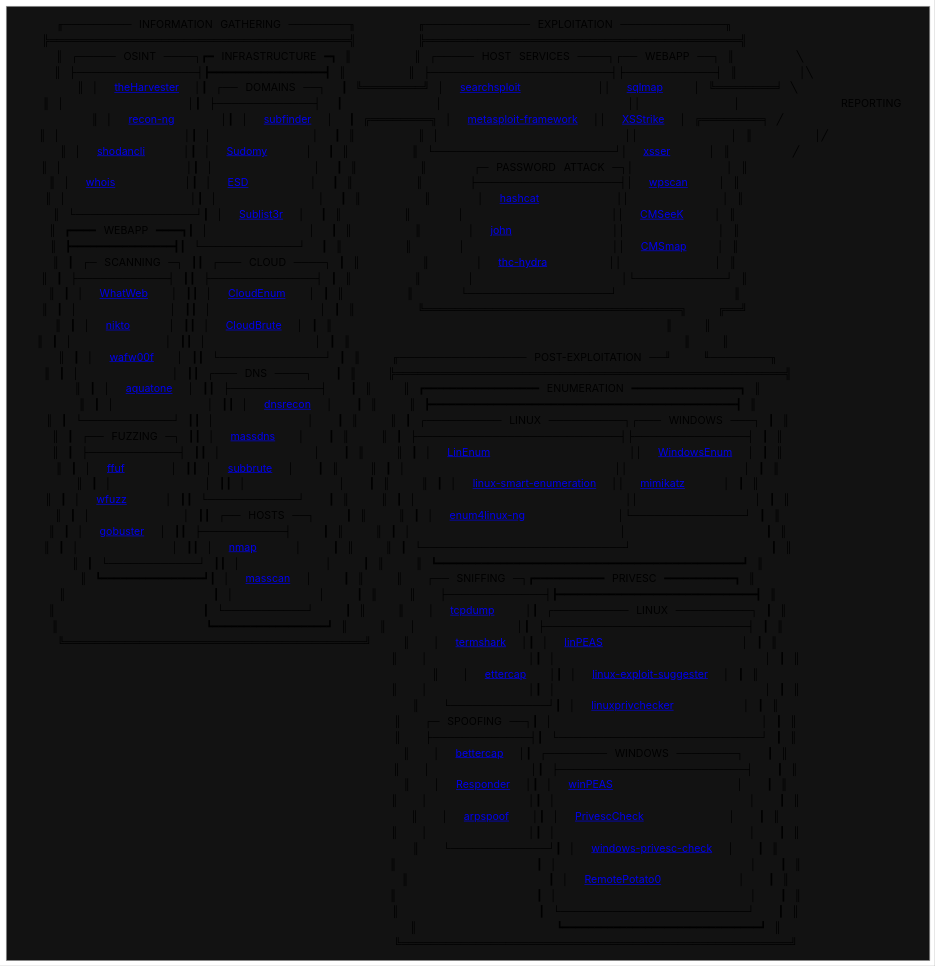
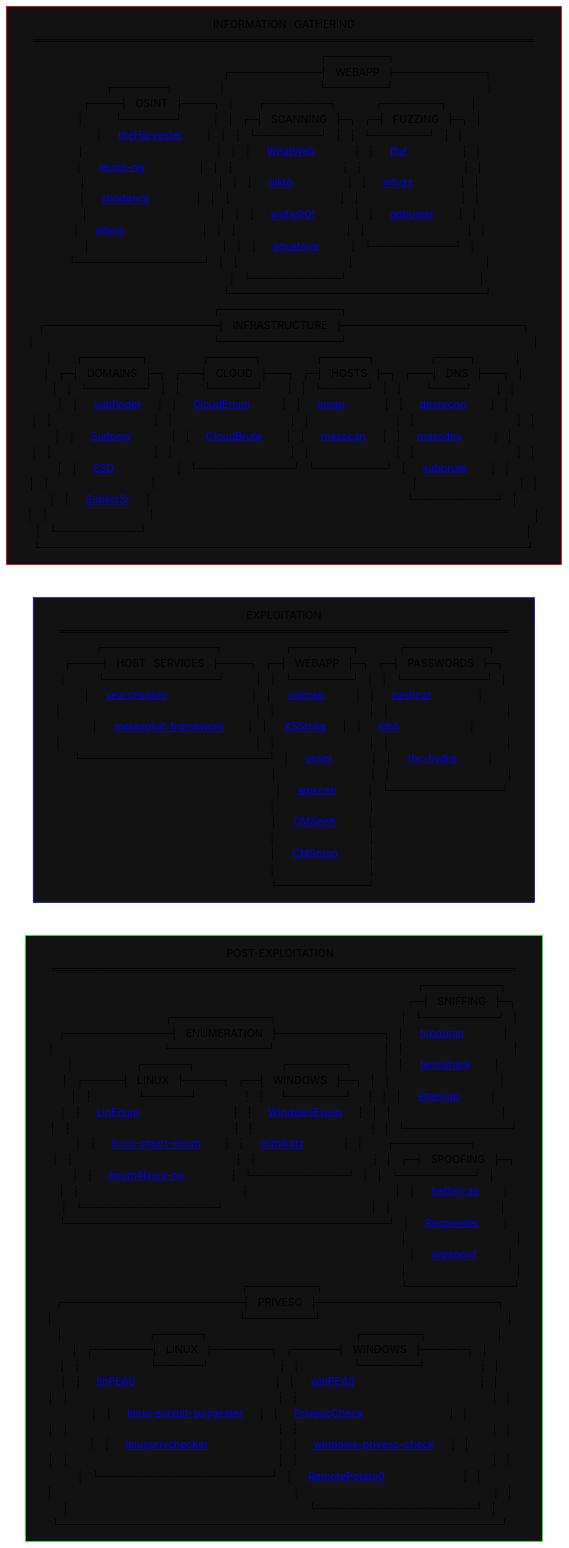
Before and after one commit to Skalyaeve/a-process: the diagram in README.md, drawn with Mermaid (neutral theme). The commit also changed other lines of this file and 1 other file, not shown here.

````diff
--- a/README.md
+++ b/README.md
@@ -1,65 +1,101 @@
 ```mermaid
-graph TD
-main[
-⠀╓─────────⠀INFORMATION⠀GATHERING⠀────────╖⠀⠀⠀⠀⠀⠀⠀⠀╓──────────────⠀EXPLOITATION⠀──────────────╖⠀⠀⠀⠀⠀⠀⠀⠀⠀⠀⠀⠀⠀⠀⠀⠀⠀⠀⠀⠀
-⠀╠════════════════════════════════════════╣⠀⠀⠀⠀⠀⠀⠀⠀╠══════════════════════════════════════════╣⠀⠀⠀⠀⠀⠀⠀⠀⠀⠀⠀⠀⠀⠀⠀⠀⠀⠀⠀⠀
-⠀║⠀┌─────⠀OSINT⠀────┐┏━⠀INFRASTRUCTURE⠀━┓⠀║⠀⠀⠀⠀⠀⠀⠀⠀║⠀┌─────⠀HOST⠀SERVICES⠀────┐┌──⠀WEBAPP⠀──┐⠀║⠀⠀⠀⠀⠀⠀⠀⠀╲⠀⠀⠀⠀⠀⠀⠀⠀⠀⠀⠀
-⠀║⠀├────────────────┤┣━━━━━━━━━━━━━━━━━━┫⠀║⠀⠀⠀⠀⠀⠀⠀⠀║⠀├────────────────────────┤├────────────┤⠀║⠀⠀⠀⠀⠀⠀⠀⠀│╲⠀⠀⠀⠀⠀⠀⠀⠀⠀⠀
-⠀║⠀│⠀⠀<a href='https://github.com/laramies/theHarvester'>theHarvester</a>⠀⠀│┃⠀┌──⠀DOMAINS⠀──┐⠀⠀┃⠀╚════════╝⠀│⠀⠀<a href='https://gitlab.com/exploit-database/exploitdb'>searchsploit</a>⠀⠀⠀⠀⠀⠀⠀⠀⠀⠀││⠀⠀<a href='https://github.com/sqlmapproject/sqlmap'>sqlmap</a>⠀⠀⠀⠀│⠀╚════════╛⠀╲⠀⠀⠀⠀⠀⠀⠀⠀⠀
-⠀║⠀│⠀⠀⠀⠀⠀⠀⠀⠀⠀⠀⠀⠀⠀⠀⠀⠀│┃⠀├─────────────┤⠀⠀┃⠀⠀⠀⠀⠀⠀⠀⠀⠀⠀⠀⠀│⠀⠀⠀⠀⠀⠀⠀⠀⠀⠀⠀⠀⠀⠀⠀⠀⠀⠀⠀⠀⠀⠀⠀⠀││⠀⠀⠀⠀⠀⠀⠀⠀⠀⠀⠀⠀│⠀⠀⠀⠀⠀⠀⠀⠀⠀⠀⠀⠀⠀REPORTING
-⠀║⠀│⠀⠀<a href='https://github.com/lanmaster53/recon-ng'>recon-ng</a>⠀⠀⠀⠀⠀⠀│┃⠀│⠀⠀<a href='https://github.com/projectdiscovery/subfinder'>subfinder</a>⠀⠀│⠀⠀┃⠀╔════════╗⠀│⠀⠀<a href='https://github.com/rapid7/metasploit-framework'>metasploit-framework</a>⠀⠀││⠀⠀<a href='https://github.com/s0md3v/XSStrike'>XSStrike</a>⠀⠀│⠀╔════════╕⠀╱⠀⠀⠀⠀⠀⠀⠀⠀⠀
-⠀║⠀│⠀⠀⠀⠀⠀⠀⠀⠀⠀⠀⠀⠀⠀⠀⠀⠀│┃⠀│⠀⠀⠀⠀⠀⠀⠀⠀⠀⠀⠀⠀⠀│⠀⠀┃⠀║⠀⠀⠀⠀⠀⠀⠀⠀║⠀│⠀⠀⠀⠀⠀⠀⠀⠀⠀⠀⠀⠀⠀⠀⠀⠀⠀⠀⠀⠀⠀⠀⠀⠀││⠀⠀⠀⠀⠀⠀⠀⠀⠀⠀⠀⠀│⠀║⠀⠀⠀⠀⠀⠀⠀⠀│╱⠀⠀⠀⠀⠀⠀⠀⠀⠀⠀
-⠀║⠀│⠀⠀<a href='https://github.com/malinkinsa/shodancli'>shodancli</a>⠀⠀⠀⠀⠀│┃⠀│⠀⠀<a href='https://github.com/screetsec/Sudomy'>Sudomy</a>⠀⠀⠀⠀⠀│⠀⠀┃⠀║⠀⠀⠀⠀⠀⠀⠀⠀║⠀└────────────────────────┘│⠀⠀<a href='https://github.com/epsylon/xsser'>xsser</a>⠀⠀⠀⠀⠀│⠀║⠀⠀⠀⠀⠀⠀⠀⠀╱⠀⠀⠀⠀⠀⠀⠀⠀⠀⠀⠀
-⠀║⠀│⠀⠀⠀⠀⠀⠀⠀⠀⠀⠀⠀⠀⠀⠀⠀⠀│┃⠀│⠀⠀⠀⠀⠀⠀⠀⠀⠀⠀⠀⠀⠀│⠀⠀┃⠀║⠀⠀⠀⠀⠀⠀⠀⠀║⠀⠀⠀⠀⠀⠀┌─⠀PASSWORD⠀ATTACK⠀─┐│⠀⠀⠀⠀⠀⠀⠀⠀⠀⠀⠀⠀│⠀║⠀⠀⠀⠀⠀⠀⠀⠀⠀⠀⠀⠀⠀⠀⠀⠀⠀⠀⠀⠀
-⠀║⠀│⠀⠀<a href='https://github.com/weppos/whois'>whois</a>⠀⠀⠀⠀⠀⠀⠀⠀⠀│┃⠀│⠀⠀<a href='https://github.com/FeeiCN/ESD?tab=readme-ov-file'>ESD</a>⠀⠀⠀⠀⠀⠀⠀⠀│⠀⠀┃⠀║⠀⠀⠀⠀⠀⠀⠀⠀║⠀⠀⠀⠀⠀⠀├───────────────────┤│⠀⠀<a href='https://github.com/wpscanteam/wpscan'>wpscan</a>⠀⠀⠀⠀│⠀║⠀⠀⠀⠀⠀⠀⠀⠀⠀⠀⠀⠀⠀⠀⠀⠀⠀⠀⠀⠀
-⠀║⠀│⠀⠀⠀⠀⠀⠀⠀⠀⠀⠀⠀⠀⠀⠀⠀⠀│┃⠀│⠀⠀⠀⠀⠀⠀⠀⠀⠀⠀⠀⠀⠀│⠀⠀┃⠀║⠀⠀⠀⠀⠀⠀⠀⠀║⠀⠀⠀⠀⠀⠀│⠀⠀<a href='https://github.com/hashcat/hashcat'>hashcat</a>⠀⠀⠀⠀⠀⠀⠀⠀⠀⠀││⠀⠀⠀⠀⠀⠀⠀⠀⠀⠀⠀⠀│⠀║⠀⠀⠀⠀⠀⠀⠀⠀⠀⠀⠀⠀⠀⠀⠀⠀⠀⠀⠀⠀
-⠀║⠀└────────────────┘┃⠀│⠀⠀<a href='https://github.com/aboul3la/Sublist3r'>Sublist3r</a>⠀⠀│⠀⠀┃⠀║⠀⠀⠀⠀⠀⠀⠀⠀║⠀⠀⠀⠀⠀⠀│⠀⠀⠀⠀⠀⠀⠀⠀⠀⠀⠀⠀⠀⠀⠀⠀⠀⠀⠀││⠀⠀<a href='https://github.com/Tuhinshubhra/CMSeeK'>CMSeeK</a>⠀⠀⠀⠀│⠀║⠀⠀⠀⠀⠀⠀⠀⠀⠀⠀⠀⠀⠀⠀⠀⠀⠀⠀⠀⠀
-⠀║⠀┏━━━━⠀WEBAPP⠀━━━━┓┃⠀│⠀⠀⠀⠀⠀⠀⠀⠀⠀⠀⠀⠀⠀│⠀⠀┃⠀║⠀⠀⠀⠀⠀⠀⠀⠀║⠀⠀⠀⠀⠀⠀│⠀⠀<a href='https://github.com/openwall/john'>john</a>⠀⠀⠀⠀⠀⠀⠀⠀⠀⠀⠀⠀⠀││⠀⠀⠀⠀⠀⠀⠀⠀⠀⠀⠀⠀│⠀║⠀⠀⠀⠀⠀⠀⠀⠀⠀⠀⠀⠀⠀⠀⠀⠀⠀⠀⠀⠀
-⠀║⠀┣━━━━━━━━━━━━━━━━┫┃⠀└─────────────┘⠀⠀┃⠀║⠀⠀⠀⠀⠀⠀⠀⠀║⠀⠀⠀⠀⠀⠀│⠀⠀⠀⠀⠀⠀⠀⠀⠀⠀⠀⠀⠀⠀⠀⠀⠀⠀⠀││⠀⠀<a href='https://github.com/dionach/CMSmap'>CMSmap</a>⠀⠀⠀⠀│⠀║⠀⠀⠀⠀⠀⠀⠀⠀⠀⠀⠀⠀⠀⠀⠀⠀⠀⠀⠀⠀
-⠀║⠀┃⠀┌─⠀SCANNING⠀─┐⠀┃┃⠀┌───⠀CLOUD⠀────┐⠀┃⠀║⠀⠀⠀⠀⠀⠀⠀⠀║⠀⠀⠀⠀⠀⠀│⠀⠀<a href='https://github.com/vanhauser-thc/thc-hydra'>thc-hydra</a>⠀⠀⠀⠀⠀⠀⠀⠀││⠀⠀⠀⠀⠀⠀⠀⠀⠀⠀⠀⠀│⠀║⠀⠀⠀⠀⠀⠀⠀⠀⠀⠀⠀⠀⠀⠀⠀⠀⠀⠀⠀⠀
-⠀║⠀┃⠀├────────────┤⠀┃┃⠀├──────────────┤⠀┃⠀║⠀⠀⠀⠀⠀⠀⠀⠀║⠀⠀⠀⠀⠀⠀│⠀⠀⠀⠀⠀⠀⠀⠀⠀⠀⠀⠀⠀⠀⠀⠀⠀⠀⠀│└────────────┘⠀║⠀⠀⠀⠀⠀⠀⠀⠀⠀⠀⠀⠀⠀⠀⠀⠀⠀⠀⠀⠀
-⠀║⠀┃⠀│⠀⠀<a href='https://github.com/urbanadventurer/WhatWeb'>WhatWeb</a>⠀⠀⠀│⠀┃┃⠀│⠀⠀<a href='https://github.com/initstring/cloud_enum'>CloudEnum</a>⠀⠀⠀│⠀┃⠀║⠀⠀⠀⠀⠀⠀⠀⠀║⠀⠀⠀⠀⠀⠀└───────────────────┘⠀⠀⠀⠀⠀⠀⠀⠀⠀⠀⠀⠀⠀⠀⠀║⠀⠀⠀⠀⠀⠀⠀⠀⠀⠀⠀⠀⠀⠀⠀⠀⠀⠀⠀⠀
-⠀║⠀┃⠀│⠀⠀⠀⠀⠀⠀⠀⠀⠀⠀⠀⠀│⠀┃┃⠀│⠀⠀⠀⠀⠀⠀⠀⠀⠀⠀⠀⠀⠀⠀│⠀┃⠀║⠀⠀⠀⠀⠀⠀⠀⠀╚══════════════════════════════════╗⠀⠀⠀⠀╔══╝⠀⠀⠀⠀⠀⠀⠀⠀⠀⠀⠀⠀⠀⠀⠀⠀⠀⠀⠀⠀
-⠀║⠀┃⠀│⠀⠀<a href='https://github.com/sullo/nikto'>nikto</a>⠀⠀⠀⠀⠀│⠀┃┃⠀│⠀⠀<a href='https://github.com/0xsha/CloudBrute'>CloudBrute</a>⠀⠀│⠀┃⠀║⠀⠀⠀⠀⠀⠀⠀⠀⠀⠀⠀⠀⠀⠀⠀⠀⠀⠀⠀⠀⠀⠀⠀⠀⠀⠀⠀⠀⠀⠀⠀⠀⠀⠀⠀⠀⠀⠀⠀⠀⠀⠀⠀║⠀⠀⠀⠀║⠀⠀⠀⠀⠀⠀⠀⠀⠀⠀⠀⠀⠀⠀⠀⠀⠀⠀⠀⠀⠀⠀⠀
-⠀║⠀┃⠀│⠀⠀⠀⠀⠀⠀⠀⠀⠀⠀⠀⠀│⠀┃┃⠀│⠀⠀⠀⠀⠀⠀⠀⠀⠀⠀⠀⠀⠀⠀│⠀┃⠀║⠀⠀⠀⠀⠀⠀⠀⠀⠀⠀⠀⠀⠀⠀⠀⠀⠀⠀⠀⠀⠀⠀⠀⠀⠀⠀⠀⠀⠀⠀⠀⠀⠀⠀⠀⠀⠀⠀⠀⠀⠀⠀⠀║⠀⠀⠀⠀║⠀⠀⠀⠀⠀⠀⠀⠀⠀⠀⠀⠀⠀⠀⠀⠀⠀⠀⠀⠀⠀⠀⠀
-⠀║⠀┃⠀│⠀⠀<a href='https://github.com/EnableSecurity/wafw00f'>wafw00f</a>⠀⠀⠀│⠀┃┃⠀└──────────────┘⠀┃⠀║⠀⠀⠀⠀╓─────────────────⠀POST-EXPLOITATION⠀──╜⠀⠀⠀⠀╙────────╖⠀⠀⠀⠀⠀⠀⠀⠀⠀⠀⠀⠀⠀⠀
-⠀║⠀┃⠀│⠀⠀⠀⠀⠀⠀⠀⠀⠀⠀⠀⠀│⠀┃┃⠀┌───⠀DNS⠀────┐⠀⠀⠀┃⠀║⠀⠀⠀⠀╠════════════════════════════════════════════════════╣⠀⠀⠀⠀⠀⠀⠀⠀⠀⠀⠀⠀⠀⠀
-⠀║⠀┃⠀│⠀⠀<a href='https://github.com/michenriksen/aquatone'>aquatone</a>⠀⠀│⠀┃┃⠀├────────────┤⠀⠀⠀┃⠀║⠀⠀⠀⠀║⠀┏━━━━━━━━━━━━━━━━━━⠀ENUMERATION⠀━━━━━━━━━━━━━━━━━┓⠀║⠀⠀⠀⠀⠀⠀⠀⠀⠀⠀⠀⠀⠀⠀
-⠀║⠀┃⠀│⠀⠀⠀⠀⠀⠀⠀⠀⠀⠀⠀⠀│⠀┃┃⠀│⠀⠀<a href='https://github.com/darkoperator/dnsrecon'>dnsrecon</a>⠀⠀│⠀⠀⠀┃⠀║⠀⠀⠀⠀║⠀┣━━━━━━━━━━━━━━━━━━━━━━━━━━━━━━━━━━━━━━━━━━━━━━━━┫⠀║⠀⠀⠀⠀⠀⠀⠀⠀⠀⠀⠀⠀⠀⠀
-⠀║⠀┃⠀└────────────┘⠀┃┃⠀│⠀⠀⠀⠀⠀⠀⠀⠀⠀⠀⠀⠀│⠀⠀⠀┃⠀║⠀⠀⠀⠀║⠀┃⠀┌──────────⠀LINUX⠀──────────┐┌───⠀WINDOWS⠀───┐⠀┃⠀║⠀⠀⠀⠀⠀⠀⠀⠀⠀⠀⠀⠀⠀⠀
-⠀║⠀┃⠀┌──⠀FUZZING⠀─┐⠀┃┃⠀│⠀⠀<a href='https://github.com/blechschmidt/massdns'>massdns</a>⠀⠀⠀│⠀⠀⠀┃⠀║⠀⠀⠀⠀║⠀┃⠀├───────────────────────────┤├───────────────┤⠀┃⠀║⠀⠀⠀⠀⠀⠀⠀⠀⠀⠀⠀⠀⠀⠀
-⠀║⠀┃⠀├────────────┤⠀┃┃⠀│⠀⠀⠀⠀⠀⠀⠀⠀⠀⠀⠀⠀│⠀⠀⠀┃⠀║⠀⠀⠀⠀║⠀┃⠀│⠀⠀<a href='https://github.com/rebootuser/LinEnum'>LinEnum</a>⠀⠀⠀⠀⠀⠀⠀⠀⠀⠀⠀⠀⠀⠀⠀⠀⠀⠀││⠀⠀<a href='https://github.com/absolomb/WindowsEnum'>WindowsEnum</a>⠀⠀│⠀┃⠀║⠀⠀⠀⠀⠀⠀⠀⠀⠀⠀⠀⠀⠀⠀
-⠀║⠀┃⠀│⠀⠀<a href='https://github.com/ffuf/ffuf'>ffuf</a>⠀⠀⠀⠀⠀⠀│⠀┃┃⠀│⠀⠀<a href='https://github.com/TheRook/subbrute'>subbrute</a>⠀⠀│⠀⠀⠀┃⠀║⠀⠀⠀⠀║⠀┃⠀│⠀⠀⠀⠀⠀⠀⠀⠀⠀⠀⠀⠀⠀⠀⠀⠀⠀⠀⠀⠀⠀⠀⠀⠀⠀⠀⠀││⠀⠀⠀⠀⠀⠀⠀⠀⠀⠀⠀⠀⠀⠀⠀│⠀┃⠀║⠀⠀⠀⠀⠀⠀⠀⠀⠀⠀⠀⠀⠀⠀
-⠀║⠀┃⠀│⠀⠀⠀⠀⠀⠀⠀⠀⠀⠀⠀⠀│⠀┃┃⠀│⠀⠀⠀⠀⠀⠀⠀⠀⠀⠀⠀⠀│⠀⠀⠀┃⠀║⠀⠀⠀⠀║⠀┃⠀│⠀⠀<a href='https://github.com/diego-treitos/linux-smart-enumeration'>linux-smart-enumeration</a>⠀⠀││⠀⠀<a href='https://github.com/gentilkiwi/mimikatz'>mimikatz</a>⠀⠀⠀⠀⠀│⠀┃⠀║⠀⠀⠀⠀⠀⠀⠀⠀⠀⠀⠀⠀⠀⠀
-⠀║⠀┃⠀│⠀⠀<a href='https://github.com/xmendez/wfuzz'>wfuzz</a>⠀⠀⠀⠀⠀│⠀┃┃⠀└────────────┘⠀⠀⠀┃⠀║⠀⠀⠀⠀║⠀┃⠀│⠀⠀⠀⠀⠀⠀⠀⠀⠀⠀⠀⠀⠀⠀⠀⠀⠀⠀⠀⠀⠀⠀⠀⠀⠀⠀⠀││⠀⠀⠀⠀⠀⠀⠀⠀⠀⠀⠀⠀⠀⠀⠀│⠀┃⠀║⠀⠀⠀⠀⠀⠀⠀⠀⠀⠀⠀⠀⠀⠀
-⠀║⠀┃⠀│⠀⠀⠀⠀⠀⠀⠀⠀⠀⠀⠀⠀│⠀┃┃⠀┌──⠀HOSTS⠀──┐⠀⠀⠀⠀┃⠀║⠀⠀⠀⠀║⠀┃⠀│⠀⠀<a href='https://github.com/cddmp/enum4linux-ng'>enum4linux-ng</a>⠀⠀⠀⠀⠀⠀⠀⠀⠀⠀⠀⠀│└───────────────┘⠀┃⠀║⠀⠀⠀⠀⠀⠀⠀⠀⠀⠀⠀⠀⠀⠀
-⠀║⠀┃⠀│⠀⠀<a href='https://github.com/OJ/gobuster'>gobuster</a>⠀⠀│⠀┃┃⠀├───────────┤⠀⠀⠀⠀┃⠀║⠀⠀⠀⠀║⠀┃⠀│⠀⠀⠀⠀⠀⠀⠀⠀⠀⠀⠀⠀⠀⠀⠀⠀⠀⠀⠀⠀⠀⠀⠀⠀⠀⠀⠀│⠀⠀⠀⠀⠀⠀⠀⠀⠀⠀⠀⠀⠀⠀⠀⠀⠀⠀┃⠀║⠀⠀⠀⠀⠀⠀⠀⠀⠀⠀⠀⠀⠀⠀
-⠀║⠀┃⠀│⠀⠀⠀⠀⠀⠀⠀⠀⠀⠀⠀⠀│⠀┃┃⠀│⠀⠀<a href='https://github.com/nmap/nmap'>nmap</a>⠀⠀⠀⠀⠀│⠀⠀⠀⠀┃⠀║⠀⠀⠀⠀║⠀┃⠀└───────────────────────────┘⠀⠀⠀⠀⠀⠀⠀⠀⠀⠀⠀⠀⠀⠀⠀⠀⠀⠀┃⠀║⠀⠀⠀⠀⠀⠀⠀⠀⠀⠀⠀⠀⠀⠀
-⠀║⠀┃⠀└────────────┘⠀┃┃⠀│⠀⠀⠀⠀⠀⠀⠀⠀⠀⠀⠀│⠀⠀⠀⠀┃⠀║⠀⠀⠀⠀║⠀┗━━━━━━━━━━━━━━━━━━━━━━━━━━━━━━━━━━━━━━━━━━━━━━━━┛⠀║⠀⠀⠀⠀⠀⠀⠀⠀⠀⠀⠀⠀⠀⠀
-⠀║⠀┗━━━━━━━━━━━━━━━━┛┃⠀│⠀⠀<a href='https://github.com/robertdavidgraham/masscan'>masscan</a>⠀⠀│⠀⠀⠀⠀┃⠀║⠀⠀⠀⠀║⠀⠀⠀┌──⠀SNIFFING⠀─┐┏━━━━━━━━━━━⠀PRIVESC⠀━━━━━━━━━━━┓⠀║⠀⠀⠀⠀⠀⠀⠀⠀⠀⠀⠀⠀⠀⠀
-⠀║⠀⠀⠀⠀⠀⠀⠀⠀⠀⠀⠀⠀⠀⠀⠀⠀⠀⠀⠀┃⠀│⠀⠀⠀⠀⠀⠀⠀⠀⠀⠀⠀│⠀⠀⠀⠀┃⠀║⠀⠀⠀⠀║⠀⠀⠀├─────────────┤┣━━━━━━━━━━━━━━━━━━━━━━━━━━━━━━━┫⠀║⠀⠀⠀⠀⠀⠀⠀⠀⠀⠀⠀⠀⠀⠀
-⠀║⠀⠀⠀⠀⠀⠀⠀⠀⠀⠀⠀⠀⠀⠀⠀⠀⠀⠀⠀┃⠀└───────────┘⠀⠀⠀⠀┃⠀║⠀⠀⠀⠀║⠀⠀⠀│⠀⠀<a href='https://github.com/the-tcpdump-group/tcpdump'>tcpdump</a>⠀⠀⠀⠀│┃⠀┌──────────⠀LINUX⠀──────────┐⠀┃⠀║⠀⠀⠀⠀⠀⠀⠀⠀⠀⠀⠀⠀⠀⠀
-⠀║⠀⠀⠀⠀⠀⠀⠀⠀⠀⠀⠀⠀⠀⠀⠀⠀⠀⠀⠀┗━━━━━━━━━━━━━━━━━━┛⠀║⠀⠀⠀⠀║⠀⠀⠀│⠀⠀⠀⠀⠀⠀⠀⠀⠀⠀⠀⠀⠀│┃⠀├───────────────────────────┤⠀┃⠀║⠀⠀⠀⠀⠀⠀⠀⠀⠀⠀⠀⠀⠀⠀
-⠀╚════════════════════════════════════════╝⠀⠀⠀⠀║⠀⠀⠀│⠀⠀<a href='https://github.com/gcla/termshark'>termshark</a>⠀⠀│┃⠀│⠀⠀<a href='https://github.com/peass-ng/PEASS-ng/tree/master/linPEAS'>linPEAS</a>⠀⠀⠀⠀⠀⠀⠀⠀⠀⠀⠀⠀⠀⠀⠀⠀⠀⠀│⠀┃⠀║⠀⠀⠀⠀⠀⠀⠀⠀⠀⠀⠀⠀⠀⠀
-⠀⠀⠀⠀⠀⠀⠀⠀⠀⠀⠀⠀⠀⠀⠀⠀⠀⠀⠀⠀⠀⠀⠀⠀⠀⠀⠀⠀⠀⠀⠀⠀⠀⠀⠀⠀⠀⠀⠀⠀⠀⠀⠀⠀⠀⠀⠀║⠀⠀⠀│⠀⠀⠀⠀⠀⠀⠀⠀⠀⠀⠀⠀⠀│┃⠀│⠀⠀⠀⠀⠀⠀⠀⠀⠀⠀⠀⠀⠀⠀⠀⠀⠀⠀⠀⠀⠀⠀⠀⠀⠀⠀⠀│⠀┃⠀║⠀⠀⠀⠀⠀⠀⠀⠀⠀⠀⠀⠀⠀⠀
-⠀⠀⠀⠀⠀⠀⠀⠀⠀⠀⠀⠀⠀⠀⠀⠀⠀⠀⠀⠀⠀⠀⠀⠀⠀⠀⠀⠀⠀⠀⠀⠀⠀⠀⠀⠀⠀⠀⠀⠀⠀⠀⠀⠀⠀⠀⠀║⠀⠀⠀│⠀⠀<a href='https://github.com/Ettercap/ettercap'>ettercap</a>⠀⠀⠀│┃⠀│⠀⠀<a href='https://github.com/The-Z-Labs/linux-exploit-suggester'>linux-exploit-suggester</a>⠀⠀│⠀┃⠀║⠀⠀⠀⠀⠀⠀⠀⠀⠀⠀⠀⠀⠀⠀
-⠀⠀⠀⠀⠀⠀⠀⠀⠀⠀⠀⠀⠀⠀⠀⠀⠀⠀⠀⠀⠀⠀⠀⠀⠀⠀⠀⠀⠀⠀⠀⠀⠀⠀⠀⠀⠀⠀⠀⠀⠀⠀⠀⠀⠀⠀⠀║⠀⠀⠀│⠀⠀⠀⠀⠀⠀⠀⠀⠀⠀⠀⠀⠀│┃⠀│⠀⠀⠀⠀⠀⠀⠀⠀⠀⠀⠀⠀⠀⠀⠀⠀⠀⠀⠀⠀⠀⠀⠀⠀⠀⠀⠀│⠀┃⠀║⠀⠀⠀⠀⠀⠀⠀⠀⠀⠀⠀⠀⠀⠀
-⠀⠀⠀⠀⠀⠀⠀⠀⠀⠀⠀⠀⠀⠀⠀⠀⠀⠀⠀⠀⠀⠀⠀⠀⠀⠀⠀⠀⠀⠀⠀⠀⠀⠀⠀⠀⠀⠀⠀⠀⠀⠀⠀⠀⠀⠀⠀║⠀⠀⠀└─────────────┘┃⠀│⠀⠀<a href='https://github.com/sleventyeleven/linuxprivchecker'>linuxprivchecker</a>⠀⠀⠀⠀⠀⠀⠀⠀⠀│⠀┃⠀║⠀⠀⠀⠀⠀⠀⠀⠀⠀⠀⠀⠀⠀⠀
-⠀⠀⠀⠀⠀⠀⠀⠀⠀⠀⠀⠀⠀⠀⠀⠀⠀⠀⠀⠀⠀⠀⠀⠀⠀⠀⠀⠀⠀⠀⠀⠀⠀⠀⠀⠀⠀⠀⠀⠀⠀⠀⠀⠀⠀⠀⠀║⠀⠀⠀┌─⠀SPOOFING⠀──┐┃⠀│⠀⠀⠀⠀⠀⠀⠀⠀⠀⠀⠀⠀⠀⠀⠀⠀⠀⠀⠀⠀⠀⠀⠀⠀⠀⠀⠀│⠀┃⠀║⠀⠀⠀⠀⠀⠀⠀⠀⠀⠀⠀⠀⠀⠀
-⠀⠀⠀⠀⠀⠀⠀⠀⠀⠀⠀⠀⠀⠀⠀⠀⠀⠀⠀⠀⠀⠀⠀⠀⠀⠀⠀⠀⠀⠀⠀⠀⠀⠀⠀⠀⠀⠀⠀⠀⠀⠀⠀⠀⠀⠀⠀║⠀⠀⠀├─────────────┤┃⠀└───────────────────────────┘⠀┃⠀║⠀⠀⠀⠀⠀⠀⠀⠀⠀⠀⠀⠀⠀⠀
-⠀⠀⠀⠀⠀⠀⠀⠀⠀⠀⠀⠀⠀⠀⠀⠀⠀⠀⠀⠀⠀⠀⠀⠀⠀⠀⠀⠀⠀⠀⠀⠀⠀⠀⠀⠀⠀⠀⠀⠀⠀⠀⠀⠀⠀⠀⠀║⠀⠀⠀│⠀⠀<a href='https://github.com/bettercap/bettercap'>bettercap</a>⠀⠀│┃⠀┌────────⠀WINDOWS⠀────────┐⠀⠀⠀┃⠀║⠀⠀⠀⠀⠀⠀⠀⠀⠀⠀⠀⠀⠀⠀
-⠀⠀⠀⠀⠀⠀⠀⠀⠀⠀⠀⠀⠀⠀⠀⠀⠀⠀⠀⠀⠀⠀⠀⠀⠀⠀⠀⠀⠀⠀⠀⠀⠀⠀⠀⠀⠀⠀⠀⠀⠀⠀⠀⠀⠀⠀⠀║⠀⠀⠀│⠀⠀⠀⠀⠀⠀⠀⠀⠀⠀⠀⠀⠀│┃⠀├─────────────────────────┤⠀⠀⠀┃⠀║⠀⠀⠀⠀⠀⠀⠀⠀⠀⠀⠀⠀⠀⠀
-⠀⠀⠀⠀⠀⠀⠀⠀⠀⠀⠀⠀⠀⠀⠀⠀⠀⠀⠀⠀⠀⠀⠀⠀⠀⠀⠀⠀⠀⠀⠀⠀⠀⠀⠀⠀⠀⠀⠀⠀⠀⠀⠀⠀⠀⠀⠀║⠀⠀⠀│⠀⠀<a href='https://github.com/SpiderLabs/Responder'>Responder</a>⠀⠀│┃⠀│⠀⠀<a href='https://github.com/peass-ng/PEASS-ng/tree/master/winPEAS'>winPEAS</a>⠀⠀⠀⠀⠀⠀⠀⠀⠀⠀⠀⠀⠀⠀⠀⠀│⠀⠀⠀┃⠀║⠀⠀⠀⠀⠀⠀⠀⠀⠀⠀⠀⠀⠀⠀
-⠀⠀⠀⠀⠀⠀⠀⠀⠀⠀⠀⠀⠀⠀⠀⠀⠀⠀⠀⠀⠀⠀⠀⠀⠀⠀⠀⠀⠀⠀⠀⠀⠀⠀⠀⠀⠀⠀⠀⠀⠀⠀⠀⠀⠀⠀⠀║⠀⠀⠀│⠀⠀⠀⠀⠀⠀⠀⠀⠀⠀⠀⠀⠀│┃⠀│⠀⠀⠀⠀⠀⠀⠀⠀⠀⠀⠀⠀⠀⠀⠀⠀⠀⠀⠀⠀⠀⠀⠀⠀⠀│⠀⠀⠀┃⠀║⠀⠀⠀⠀⠀⠀⠀⠀⠀⠀⠀⠀⠀⠀
-⠀⠀⠀⠀⠀⠀⠀⠀⠀⠀⠀⠀⠀⠀⠀⠀⠀⠀⠀⠀⠀⠀⠀⠀⠀⠀⠀⠀⠀⠀⠀⠀⠀⠀⠀⠀⠀⠀⠀⠀⠀⠀⠀⠀⠀⠀⠀║⠀⠀⠀│⠀⠀<a href='https://github.com/alandau/arpspoof'>arpspoof</a>⠀⠀⠀│┃⠀│⠀⠀<a href='https://github.com/itm4n/PrivescCheck'>PrivescCheck</a>⠀⠀⠀⠀⠀⠀⠀⠀⠀⠀⠀│⠀⠀⠀┃⠀║⠀⠀⠀⠀⠀⠀⠀⠀⠀⠀⠀⠀⠀⠀
-⠀⠀⠀⠀⠀⠀⠀⠀⠀⠀⠀⠀⠀⠀⠀⠀⠀⠀⠀⠀⠀⠀⠀⠀⠀⠀⠀⠀⠀⠀⠀⠀⠀⠀⠀⠀⠀⠀⠀⠀⠀⠀⠀⠀⠀⠀⠀║⠀⠀⠀│⠀⠀⠀⠀⠀⠀⠀⠀⠀⠀⠀⠀⠀│┃⠀│⠀⠀⠀⠀⠀⠀⠀⠀⠀⠀⠀⠀⠀⠀⠀⠀⠀⠀⠀⠀⠀⠀⠀⠀⠀│⠀⠀⠀┃⠀║⠀⠀⠀⠀⠀⠀⠀⠀⠀⠀⠀⠀⠀⠀
-⠀⠀⠀⠀⠀⠀⠀⠀⠀⠀⠀⠀⠀⠀⠀⠀⠀⠀⠀⠀⠀⠀⠀⠀⠀⠀⠀⠀⠀⠀⠀⠀⠀⠀⠀⠀⠀⠀⠀⠀⠀⠀⠀⠀⠀⠀⠀║⠀⠀⠀└─────────────┘┃⠀│⠀⠀<a href='https://github.com/pentestmonkey/windows-privesc-check'>windows-privesc-check</a>⠀⠀│⠀⠀⠀┃⠀║⠀⠀⠀⠀⠀⠀⠀⠀⠀⠀⠀⠀⠀⠀
-⠀⠀⠀⠀⠀⠀⠀⠀⠀⠀⠀⠀⠀⠀⠀⠀⠀⠀⠀⠀⠀⠀⠀⠀⠀⠀⠀⠀⠀⠀⠀⠀⠀⠀⠀⠀⠀⠀⠀⠀⠀⠀⠀⠀⠀⠀⠀║⠀⠀⠀⠀⠀⠀⠀⠀⠀⠀⠀⠀⠀⠀⠀⠀⠀⠀┃⠀│⠀⠀⠀⠀⠀⠀⠀⠀⠀⠀⠀⠀⠀⠀⠀⠀⠀⠀⠀⠀⠀⠀⠀⠀⠀│⠀⠀⠀┃⠀║⠀⠀⠀⠀⠀⠀⠀⠀⠀⠀⠀⠀⠀⠀
-⠀⠀⠀⠀⠀⠀⠀⠀⠀⠀⠀⠀⠀⠀⠀⠀⠀⠀⠀⠀⠀⠀⠀⠀⠀⠀⠀⠀⠀⠀⠀⠀⠀⠀⠀⠀⠀⠀⠀⠀⠀⠀⠀⠀⠀⠀⠀║⠀⠀⠀⠀⠀⠀⠀⠀⠀⠀⠀⠀⠀⠀⠀⠀⠀⠀┃⠀│⠀⠀<a href='https://github.com/antonioCoco/RemotePotato0'>RemotePotato0</a>⠀⠀⠀⠀⠀⠀⠀⠀⠀⠀│⠀⠀⠀┃⠀║⠀⠀⠀⠀⠀⠀⠀⠀⠀⠀⠀⠀⠀⠀
-⠀⠀⠀⠀⠀⠀⠀⠀⠀⠀⠀⠀⠀⠀⠀⠀⠀⠀⠀⠀⠀⠀⠀⠀⠀⠀⠀⠀⠀⠀⠀⠀⠀⠀⠀⠀⠀⠀⠀⠀⠀⠀⠀⠀⠀⠀⠀║⠀⠀⠀⠀⠀⠀⠀⠀⠀⠀⠀⠀⠀⠀⠀⠀⠀⠀┃⠀│⠀⠀⠀⠀⠀⠀⠀⠀⠀⠀⠀⠀⠀⠀⠀⠀⠀⠀⠀⠀⠀⠀⠀⠀⠀│⠀⠀⠀┃⠀║⠀⠀⠀⠀⠀⠀⠀⠀⠀⠀⠀⠀⠀⠀
-⠀⠀⠀⠀⠀⠀⠀⠀⠀⠀⠀⠀⠀⠀⠀⠀⠀⠀⠀⠀⠀⠀⠀⠀⠀⠀⠀⠀⠀⠀⠀⠀⠀⠀⠀⠀⠀⠀⠀⠀⠀⠀⠀⠀⠀⠀⠀║⠀⠀⠀⠀⠀⠀⠀⠀⠀⠀⠀⠀⠀⠀⠀⠀⠀⠀┃⠀└─────────────────────────┘⠀⠀⠀┃⠀║⠀⠀⠀⠀⠀⠀⠀⠀⠀⠀⠀⠀⠀⠀
-⠀⠀⠀⠀⠀⠀⠀⠀⠀⠀⠀⠀⠀⠀⠀⠀⠀⠀⠀⠀⠀⠀⠀⠀⠀⠀⠀⠀⠀⠀⠀⠀⠀⠀⠀⠀⠀⠀⠀⠀⠀⠀⠀⠀⠀⠀⠀║⠀⠀⠀⠀⠀⠀⠀⠀⠀⠀⠀⠀⠀⠀⠀⠀⠀⠀┗━━━━━━━━━━━━━━━━━━━━━━━━━━━━━━━┛⠀║⠀⠀⠀⠀⠀⠀⠀⠀⠀⠀⠀⠀⠀⠀
-⠀⠀⠀⠀⠀⠀⠀⠀⠀⠀⠀⠀⠀⠀⠀⠀⠀⠀⠀⠀⠀⠀⠀⠀⠀⠀⠀⠀⠀⠀⠀⠀⠀⠀⠀⠀⠀⠀⠀⠀⠀⠀⠀⠀⠀⠀⠀╚════════════════════════════════════════════════════╝⠀⠀⠀⠀⠀⠀⠀⠀⠀⠀⠀⠀⠀⠀
+graph LR
+information-gathering[
+⠀⠀⠀⠀⠀⠀⠀⠀⠀⠀⠀⠀⠀⠀⠀⠀⠀⠀⠀⠀⠀⠀⠀INFORMATION⠀GATHERING⠀⠀⠀⠀⠀⠀⠀⠀⠀⠀⠀⠀⠀⠀⠀⠀⠀⠀⠀⠀⠀⠀⠀
+═══════════════════════════════════════════════════════════════════
+⠀⠀⠀⠀⠀⠀⠀⠀⠀⠀⠀⠀⠀⠀⠀⠀⠀⠀⠀⠀⠀⠀⠀⠀⠀⠀⠀⠀⠀⠀⠀⠀⠀⠀⠀⠀⠀⠀┌────────┐⠀⠀⠀⠀⠀⠀⠀⠀⠀⠀⠀⠀⠀⠀⠀⠀⠀⠀⠀
+⠀⠀⠀⠀⠀⠀⠀⠀⠀⠀⠀⠀⠀⠀⠀⠀⠀⠀⠀⠀⠀⠀⠀⠀⠀┌────────────┤⠀WEBAPP⠀├────────────┐⠀⠀⠀⠀⠀⠀
+⠀⠀⠀⠀⠀⠀⠀⠀⠀⠀┌───────┐⠀⠀⠀⠀⠀⠀│⠀⠀⠀⠀⠀⠀⠀⠀⠀⠀⠀⠀└────────┘⠀⠀⠀⠀⠀⠀⠀⠀⠀⠀⠀⠀│⠀⠀⠀⠀⠀⠀
+⠀⠀⠀⠀⠀┌────┤⠀OSINT⠀├────┐⠀│⠀⠀⠀┌╌╌╌╌╌╌╌╌╌╌┐⠀⠀⠀⠀⠀┌╌╌╌╌╌╌╌╌╌┐⠀⠀⠀│⠀⠀⠀⠀⠀⠀
+⠀⠀⠀⠀⠀│⠀⠀⠀⠀└───────┘⠀⠀⠀⠀│⠀│⠀┌╌┤⠀SCANNING⠀├╌┐⠀┌╌┤⠀FUZZING⠀├╌┐⠀│⠀⠀⠀⠀⠀⠀
+⠀⠀⠀⠀⠀│⠀⠀<a href='https://github.com/laramies/theHarvester'>theHarvester</a>⠀⠀⠀│⠀│⠀┆⠀└╌╌╌╌╌╌╌╌╌╌┘⠀┆⠀┆⠀└╌╌╌╌╌╌╌╌╌┘⠀┆⠀│⠀⠀⠀⠀⠀⠀
+⠀⠀⠀⠀⠀│⠀⠀⠀⠀⠀⠀⠀⠀⠀⠀⠀⠀⠀⠀⠀⠀⠀│⠀│⠀┆⠀⠀<a href='https://github.com/urbanadventurer/WhatWeb'>WhatWeb</a>⠀⠀⠀⠀⠀┆⠀┆⠀⠀<a href='https://github.com/ffuf/ffuf'>ffuf</a>⠀⠀⠀⠀⠀⠀⠀┆⠀│⠀⠀⠀⠀⠀⠀
+⠀⠀⠀⠀⠀│⠀⠀<a href='https://github.com/lanmaster53/recon-ng'>recon-ng</a>⠀⠀⠀⠀⠀⠀⠀│⠀│⠀┆⠀⠀⠀⠀⠀⠀⠀⠀⠀⠀⠀⠀⠀⠀┆⠀┆⠀⠀⠀⠀⠀⠀⠀⠀⠀⠀⠀⠀⠀┆⠀│⠀⠀⠀⠀⠀⠀
+⠀⠀⠀⠀⠀│⠀⠀⠀⠀⠀⠀⠀⠀⠀⠀⠀⠀⠀⠀⠀⠀⠀│⠀│⠀┆⠀⠀<a href='https://github.com/sullo/nikto'>nikto</a>⠀⠀⠀⠀⠀⠀⠀┆⠀┆⠀⠀<a href='https://github.com/xmendez/wfuzz'>wfuzz</a>⠀⠀⠀⠀⠀⠀┆⠀│⠀⠀⠀⠀⠀⠀
+⠀⠀⠀⠀⠀│⠀⠀<a href='https://github.com/malinkinsa/shodancli'>shodancli</a>⠀⠀⠀⠀⠀⠀│⠀│⠀┆⠀⠀⠀⠀⠀⠀⠀⠀⠀⠀⠀⠀⠀⠀┆⠀┆⠀⠀⠀⠀⠀⠀⠀⠀⠀⠀⠀⠀⠀┆⠀│⠀⠀⠀⠀⠀⠀
+⠀⠀⠀⠀⠀│⠀⠀⠀⠀⠀⠀⠀⠀⠀⠀⠀⠀⠀⠀⠀⠀⠀│⠀│⠀┆⠀⠀<a href='https://github.com/EnableSecurity/wafw00f'>wafw00f</a>⠀⠀⠀⠀⠀┆⠀┆⠀⠀<a href='https://github.com/OJ/gobuster'>gobuster</a>⠀⠀⠀┆⠀│⠀⠀⠀⠀⠀⠀
+⠀⠀⠀⠀⠀│⠀⠀<a href='https://github.com/weppos/whois'>whois</a>⠀⠀⠀⠀⠀⠀⠀⠀⠀⠀│⠀│⠀┆⠀⠀⠀⠀⠀⠀⠀⠀⠀⠀⠀⠀⠀⠀┆⠀┆⠀⠀⠀⠀⠀⠀⠀⠀⠀⠀⠀⠀⠀┆⠀│⠀⠀⠀⠀⠀⠀
+⠀⠀⠀⠀⠀│⠀⠀⠀⠀⠀⠀⠀⠀⠀⠀⠀⠀⠀⠀⠀⠀⠀│⠀│⠀┆⠀⠀<a href='https://github.com/michenriksen/aquatone'>aquatone</a>⠀⠀⠀⠀┆⠀└╌╌╌╌╌╌╌╌╌╌╌╌╌┘⠀│⠀⠀⠀⠀⠀⠀
+⠀⠀⠀⠀⠀└─────────────────┘⠀│⠀┆⠀⠀⠀⠀⠀⠀⠀⠀⠀⠀⠀⠀⠀⠀┆⠀⠀⠀⠀⠀⠀⠀⠀⠀⠀⠀⠀⠀⠀⠀⠀⠀│⠀⠀⠀⠀⠀⠀
+⠀⠀⠀⠀⠀⠀⠀⠀⠀⠀⠀⠀⠀⠀⠀⠀⠀⠀⠀⠀⠀⠀⠀⠀⠀│⠀└╌╌╌╌╌╌╌╌╌╌╌╌╌╌┘⠀⠀⠀⠀⠀⠀⠀⠀⠀⠀⠀⠀⠀⠀⠀⠀⠀│⠀⠀⠀⠀⠀⠀
+⠀⠀⠀⠀⠀⠀⠀⠀⠀⠀⠀⠀⠀⠀⠀⠀⠀⠀⠀⠀⠀⠀⠀⠀⠀└──────────────────────────────────┘⠀⠀⠀⠀⠀⠀
+⠀⠀⠀⠀⠀⠀⠀⠀⠀⠀⠀⠀⠀⠀⠀⠀⠀⠀⠀⠀⠀⠀⠀⠀┌────────────────┐⠀⠀⠀⠀⠀⠀⠀⠀⠀⠀⠀⠀⠀⠀⠀⠀⠀⠀⠀⠀⠀⠀⠀⠀⠀
+┌───────────────────────┤⠀INFRASTRUCTURE⠀├────────────────────────┐
+│⠀⠀⠀⠀⠀⠀⠀⠀⠀⠀⠀⠀⠀⠀⠀⠀⠀⠀⠀⠀⠀⠀⠀└────────────────┘⠀⠀⠀⠀⠀⠀⠀⠀⠀⠀⠀⠀⠀⠀⠀⠀⠀⠀⠀⠀⠀⠀⠀⠀│
+│⠀⠀⠀┌╌╌╌╌╌╌╌╌╌┐⠀⠀⠀⠀⠀⠀⠀┌╌╌╌╌╌╌╌┐⠀⠀⠀⠀⠀⠀⠀┌╌╌╌╌╌╌╌┐⠀⠀⠀⠀⠀⠀⠀┌╌╌╌╌╌┐⠀⠀⠀⠀⠀│
+│⠀┌╌┤⠀DOMAINS⠀├╌┐⠀┌╌╌╌┤⠀CLOUD⠀├╌╌╌┐⠀┌╌┤⠀HOSTS⠀├╌┐⠀┌╌╌╌┤⠀DNS⠀├╌╌╌┐⠀│
+│⠀┆⠀└╌╌╌╌╌╌╌╌╌┘⠀┆⠀┆⠀⠀⠀└╌╌╌╌╌╌╌┘⠀⠀⠀┆⠀┆⠀└╌╌╌╌╌╌╌┘⠀┆⠀┆⠀⠀⠀└╌╌╌╌╌┘⠀⠀⠀┆⠀│
+│⠀┆⠀⠀<a href='https://github.com/projectdiscovery/subfinder'>subfinder</a>⠀⠀┆⠀┆⠀⠀<a href='https://github.com/initstring/cloud_enum'>CloudEnum</a>⠀⠀⠀⠀┆⠀┆⠀⠀<a href='https://github.com/nmap/nmap'>nmap</a>⠀⠀⠀⠀⠀┆⠀┆⠀⠀<a href='https://github.com/darkoperator/dnsrecon'>dnsrecon</a>⠀⠀⠀┆⠀│
+│⠀┆⠀⠀⠀⠀⠀⠀⠀⠀⠀⠀⠀⠀⠀┆⠀┆⠀⠀⠀⠀⠀⠀⠀⠀⠀⠀⠀⠀⠀⠀⠀┆⠀┆⠀⠀⠀⠀⠀⠀⠀⠀⠀⠀⠀┆⠀┆⠀⠀⠀⠀⠀⠀⠀⠀⠀⠀⠀⠀⠀┆⠀│
+│⠀┆⠀⠀<a href='https://github.com/screetsec/Sudomy'>Sudomy</a>⠀⠀⠀⠀⠀┆⠀┆⠀⠀<a href='https://github.com/0xsha/CloudBrute'>CloudBrute</a>⠀⠀⠀┆⠀┆⠀⠀<a href='https://github.com/robertdavidgraham/masscan'>masscan</a>⠀⠀┆⠀┆⠀⠀<a href='https://github.com/blechschmidt/massdns'>massdns</a>⠀⠀⠀⠀┆⠀│
+│⠀┆⠀⠀⠀⠀⠀⠀⠀⠀⠀⠀⠀⠀⠀┆⠀┆⠀⠀⠀⠀⠀⠀⠀⠀⠀⠀⠀⠀⠀⠀⠀┆⠀┆⠀⠀⠀⠀⠀⠀⠀⠀⠀⠀⠀┆⠀┆⠀⠀⠀⠀⠀⠀⠀⠀⠀⠀⠀⠀⠀┆⠀│
+│⠀┆⠀⠀<a href='https://github.com/FeeiCN/ESD?tab=readme-ov-file'>ESD</a>⠀⠀⠀⠀⠀⠀⠀⠀┆⠀└╌╌╌╌╌╌╌╌╌╌╌╌╌╌╌┘⠀└╌╌╌╌╌╌╌╌╌╌╌┘⠀┆⠀⠀<a href='https://github.com/TheRook/subbrute'>subbrute</a>⠀⠀⠀┆⠀│
+│⠀┆⠀⠀⠀⠀⠀⠀⠀⠀⠀⠀⠀⠀⠀┆⠀⠀⠀⠀⠀⠀⠀⠀⠀⠀⠀⠀⠀⠀⠀⠀⠀⠀⠀⠀⠀⠀⠀⠀⠀⠀⠀⠀⠀⠀⠀⠀⠀┆⠀⠀⠀⠀⠀⠀⠀⠀⠀⠀⠀⠀⠀┆⠀│
+│⠀┆⠀⠀<a href='https://github.com/aboul3la/Sublist3r'>Sublist3r</a>⠀⠀┆⠀⠀⠀⠀⠀⠀⠀⠀⠀⠀⠀⠀⠀⠀⠀⠀⠀⠀⠀⠀⠀⠀⠀⠀⠀⠀⠀⠀⠀⠀⠀⠀⠀└╌╌╌╌╌╌╌╌╌╌╌╌╌┘⠀│
+│⠀┆⠀⠀⠀⠀⠀⠀⠀⠀⠀⠀⠀⠀⠀┆⠀⠀⠀⠀⠀⠀⠀⠀⠀⠀⠀⠀⠀⠀⠀⠀⠀⠀⠀⠀⠀⠀⠀⠀⠀⠀⠀⠀⠀⠀⠀⠀⠀⠀⠀⠀⠀⠀⠀⠀⠀⠀⠀⠀⠀⠀⠀⠀⠀│
+│⠀└╌╌╌╌╌╌╌╌╌╌╌╌╌┘⠀⠀⠀⠀⠀⠀⠀⠀⠀⠀⠀⠀⠀⠀⠀⠀⠀⠀⠀⠀⠀⠀⠀⠀⠀⠀⠀⠀⠀⠀⠀⠀⠀⠀⠀⠀⠀⠀⠀⠀⠀⠀⠀⠀⠀⠀⠀⠀⠀│
+└─────────────────────────────────────────────────────────────────┘
 ]
-style main fill:#121212
+exploitation[
+⠀⠀⠀⠀⠀⠀⠀⠀⠀⠀⠀⠀⠀⠀⠀⠀⠀⠀⠀⠀⠀⠀⠀⠀EXPLOITATION⠀⠀⠀⠀⠀⠀⠀⠀⠀⠀⠀⠀⠀⠀⠀⠀⠀⠀⠀⠀⠀⠀⠀⠀
+════════════════════════════════════════════════════════════
+⠀⠀⠀⠀⠀┌───────────────┐⠀⠀⠀⠀⠀⠀⠀⠀┌────────┐⠀⠀⠀⠀⠀┌───────────┐⠀⠀
+┌────┤⠀HOST⠀SERVICES⠀├────┐⠀┌─┤⠀WEBAPP⠀├─┐⠀┌─┤⠀PASSWORDS⠀├─┐
+│⠀⠀⠀⠀└───────────────┘⠀⠀⠀⠀│⠀│⠀└────────┘⠀│⠀│⠀└───────────┘⠀│
+│⠀⠀<a href='https://gitlab.com/exploit-database/exploitdb'>searchsploit</a>⠀⠀⠀⠀⠀⠀⠀⠀⠀⠀⠀│⠀│⠀⠀<a href='https://github.com/sqlmapproject/sqlmap'>sqlmap</a>⠀⠀⠀⠀│⠀│⠀⠀<a href='https://github.com/hashcat/hashcat'>hashcat</a>⠀⠀⠀⠀⠀⠀│
+│⠀⠀⠀⠀⠀⠀⠀⠀⠀⠀⠀⠀⠀⠀⠀⠀⠀⠀⠀⠀⠀⠀⠀⠀⠀│⠀│⠀⠀⠀⠀⠀⠀⠀⠀⠀⠀⠀⠀│⠀│⠀⠀⠀⠀⠀⠀⠀⠀⠀⠀⠀⠀⠀⠀⠀│
+│⠀⠀<a href='https://github.com/rapid7/metasploit-framework'>metasploit-framework</a>⠀⠀⠀│⠀│⠀⠀<a href='https://github.com/s0md3v/XSStrike'>XSStrike</a>⠀⠀│⠀│⠀⠀<a href='https://github.com/openwall/john'>john</a>⠀⠀⠀⠀⠀⠀⠀⠀⠀│
+│⠀⠀⠀⠀⠀⠀⠀⠀⠀⠀⠀⠀⠀⠀⠀⠀⠀⠀⠀⠀⠀⠀⠀⠀⠀│⠀│⠀⠀⠀⠀⠀⠀⠀⠀⠀⠀⠀⠀│⠀│⠀⠀⠀⠀⠀⠀⠀⠀⠀⠀⠀⠀⠀⠀⠀│
+└─────────────────────────┘⠀│⠀⠀<a href='https://github.com/epsylon/xsser'>xsser</a>⠀⠀⠀⠀⠀│⠀│⠀⠀<a href='https://github.com/vanhauser-thc/thc-hydra'>thc-hydra</a>⠀⠀⠀⠀│
+⠀⠀⠀⠀⠀⠀⠀⠀⠀⠀⠀⠀⠀⠀⠀⠀⠀⠀⠀⠀⠀⠀⠀⠀⠀⠀⠀⠀│⠀⠀⠀⠀⠀⠀⠀⠀⠀⠀⠀⠀│⠀│⠀⠀⠀⠀⠀⠀⠀⠀⠀⠀⠀⠀⠀⠀⠀│
+⠀⠀⠀⠀⠀⠀⠀⠀⠀⠀⠀⠀⠀⠀⠀⠀⠀⠀⠀⠀⠀⠀⠀⠀⠀⠀⠀⠀│⠀⠀<a href='https://github.com/wpscanteam/wpscan'>wpscan</a>⠀⠀⠀⠀│⠀└───────────────┘
+⠀⠀⠀⠀⠀⠀⠀⠀⠀⠀⠀⠀⠀⠀⠀⠀⠀⠀⠀⠀⠀⠀⠀⠀⠀⠀⠀⠀│⠀⠀⠀⠀⠀⠀⠀⠀⠀⠀⠀⠀│⠀⠀⠀⠀⠀⠀⠀⠀⠀⠀⠀⠀⠀⠀⠀⠀⠀⠀
+⠀⠀⠀⠀⠀⠀⠀⠀⠀⠀⠀⠀⠀⠀⠀⠀⠀⠀⠀⠀⠀⠀⠀⠀⠀⠀⠀⠀│⠀⠀<a href='https://github.com/Tuhinshubhra/CMSeeK'>CMSeeK</a>⠀⠀⠀⠀│⠀⠀⠀⠀⠀⠀⠀⠀⠀⠀⠀⠀⠀⠀⠀⠀⠀⠀
+⠀⠀⠀⠀⠀⠀⠀⠀⠀⠀⠀⠀⠀⠀⠀⠀⠀⠀⠀⠀⠀⠀⠀⠀⠀⠀⠀⠀│⠀⠀⠀⠀⠀⠀⠀⠀⠀⠀⠀⠀│⠀⠀⠀⠀⠀⠀⠀⠀⠀⠀⠀⠀⠀⠀⠀⠀⠀⠀
+⠀⠀⠀⠀⠀⠀⠀⠀⠀⠀⠀⠀⠀⠀⠀⠀⠀⠀⠀⠀⠀⠀⠀⠀⠀⠀⠀⠀│⠀⠀<a href='https://github.com/dionach/CMSmap'>CMSmap</a>⠀⠀⠀⠀│⠀⠀⠀⠀⠀⠀⠀⠀⠀⠀⠀⠀⠀⠀⠀⠀⠀⠀
+⠀⠀⠀⠀⠀⠀⠀⠀⠀⠀⠀⠀⠀⠀⠀⠀⠀⠀⠀⠀⠀⠀⠀⠀⠀⠀⠀⠀│⠀⠀⠀⠀⠀⠀⠀⠀⠀⠀⠀⠀│⠀⠀⠀⠀⠀⠀⠀⠀⠀⠀⠀⠀⠀⠀⠀⠀⠀⠀
+⠀⠀⠀⠀⠀⠀⠀⠀⠀⠀⠀⠀⠀⠀⠀⠀⠀⠀⠀⠀⠀⠀⠀⠀⠀⠀⠀⠀└────────────┘⠀⠀⠀⠀⠀⠀⠀⠀⠀⠀⠀⠀⠀⠀⠀⠀⠀⠀
+]
+post-exploitation[
+⠀⠀⠀⠀⠀⠀⠀⠀⠀⠀⠀⠀⠀⠀⠀⠀⠀⠀⠀⠀⠀⠀POST-EXPLOITATION⠀⠀⠀⠀⠀⠀⠀⠀⠀⠀⠀⠀⠀⠀⠀⠀⠀⠀⠀⠀⠀⠀⠀
+══════════════════════════════════════════════════════════════
+⠀⠀⠀⠀⠀⠀⠀⠀⠀⠀⠀⠀⠀⠀⠀⠀⠀⠀⠀⠀⠀⠀⠀⠀⠀⠀⠀⠀⠀⠀⠀⠀⠀⠀⠀⠀⠀⠀⠀⠀⠀⠀⠀⠀⠀⠀⠀⠀┌──────────┐⠀⠀
+⠀⠀⠀⠀⠀⠀⠀⠀⠀⠀⠀⠀⠀⠀⠀⠀⠀⠀⠀⠀⠀⠀⠀⠀⠀⠀⠀⠀⠀⠀⠀⠀⠀⠀⠀⠀⠀⠀⠀⠀⠀⠀⠀⠀⠀⠀┌─┤⠀SNIFFING⠀├─┐
+⠀⠀⠀⠀⠀⠀⠀⠀⠀⠀⠀⠀⠀⠀⠀┌─────────────┐⠀⠀⠀⠀⠀⠀⠀⠀⠀⠀⠀⠀⠀⠀⠀⠀│⠀└──────────┘⠀│
+┌──────────────┤⠀ENUMERATION⠀├──────────────┐⠀│⠀⠀<a href='https://github.com/the-tcpdump-group/tcpdump'>tcpdump</a>⠀⠀⠀⠀⠀│
+│⠀⠀⠀⠀⠀⠀⠀⠀⠀⠀⠀⠀⠀⠀└─────────────┘⠀⠀⠀⠀⠀⠀⠀⠀⠀⠀⠀⠀⠀⠀│⠀│⠀⠀⠀⠀⠀⠀⠀⠀⠀⠀⠀⠀⠀⠀│
+│⠀⠀⠀⠀⠀⠀⠀⠀┌╌╌╌╌╌╌╌┐⠀⠀⠀⠀⠀⠀⠀⠀⠀⠀⠀┌╌╌╌╌╌╌╌╌╌┐⠀⠀⠀⠀│⠀│⠀⠀<a href='https://github.com/gcla/termshark'>termshark</a>⠀⠀⠀│
+│⠀┌╌╌╌╌╌╌┤⠀LINUX⠀├╌╌╌╌╌╌┐⠀┌╌╌┤⠀WINDOWS⠀├╌╌┐⠀│⠀│⠀⠀⠀⠀⠀⠀⠀⠀⠀⠀⠀⠀⠀⠀│
+│⠀┆⠀⠀⠀⠀⠀⠀└╌╌╌╌╌╌╌┘⠀⠀⠀⠀⠀⠀┆⠀┆⠀⠀└╌╌╌╌╌╌╌╌╌┘⠀⠀┆⠀│⠀│⠀⠀<a href='https://github.com/Ettercap/ettercap'>ettercap</a>⠀⠀⠀⠀│
+│⠀┆⠀⠀<a href='https://github.com/rebootuser/LinEnum'>LinEnum</a>⠀⠀⠀⠀⠀⠀⠀⠀⠀⠀⠀⠀┆⠀┆⠀⠀<a href='https://github.com/absolomb/WindowsEnum'>WindowsEnum</a>⠀⠀┆⠀│⠀│⠀⠀⠀⠀⠀⠀⠀⠀⠀⠀⠀⠀⠀⠀│
+│⠀┆⠀⠀⠀⠀⠀⠀⠀⠀⠀⠀⠀⠀⠀⠀⠀⠀⠀⠀⠀⠀⠀┆⠀┆⠀⠀⠀⠀⠀⠀⠀⠀⠀⠀⠀⠀⠀⠀⠀┆⠀│⠀└──────────────┘
+│⠀┆⠀⠀<a href='https://github.com/diego-treitos/linux-smart-enumeration'>linux-smart-enum</a>⠀⠀⠀┆⠀┆⠀⠀<a href='https://github.com/gentilkiwi/mimikatz'>mimikatz</a>⠀⠀⠀⠀⠀┆⠀│⠀⠀⠀┌──────────┐⠀⠀
+│⠀┆⠀⠀⠀⠀⠀⠀⠀⠀⠀⠀⠀⠀⠀⠀⠀⠀⠀⠀⠀⠀⠀┆⠀┆⠀⠀⠀⠀⠀⠀⠀⠀⠀⠀⠀⠀⠀⠀⠀┆⠀│⠀┌─┤⠀SPOOFING⠀├─┐
+│⠀┆⠀⠀<a href='https://github.com/cddmp/enum4linux-ng'>enum4linux-ng</a>⠀⠀⠀⠀⠀⠀┆⠀└╌╌╌╌╌╌╌╌╌╌╌╌╌╌╌┘⠀│⠀│⠀└──────────┘⠀│
+│⠀┆⠀⠀⠀⠀⠀⠀⠀⠀⠀⠀⠀⠀⠀⠀⠀⠀⠀⠀⠀⠀⠀┆⠀⠀⠀⠀⠀⠀⠀⠀⠀⠀⠀⠀⠀⠀⠀⠀⠀⠀⠀│⠀│⠀⠀<a href='https://github.com/bettercap/bettercap'>bettercap</a>⠀⠀⠀│
+│⠀└╌╌╌╌╌╌╌╌╌╌╌╌╌╌╌╌╌╌╌╌╌┘⠀⠀⠀⠀⠀⠀⠀⠀⠀⠀⠀⠀⠀⠀⠀⠀⠀⠀⠀│⠀│⠀⠀⠀⠀⠀⠀⠀⠀⠀⠀⠀⠀⠀⠀│
+└───────────────────────────────────────────┘⠀│⠀⠀<a href='https://github.com/SpiderLabs/Responder'>Responder</a>⠀⠀⠀│
+⠀⠀⠀⠀⠀⠀⠀⠀⠀⠀⠀⠀⠀⠀⠀⠀⠀⠀⠀⠀⠀⠀⠀⠀⠀⠀⠀⠀⠀⠀⠀⠀⠀⠀⠀⠀⠀⠀⠀⠀⠀⠀⠀⠀⠀⠀│⠀⠀⠀⠀⠀⠀⠀⠀⠀⠀⠀⠀⠀⠀│
+⠀⠀⠀⠀⠀⠀⠀⠀⠀⠀⠀⠀⠀⠀⠀⠀⠀⠀⠀⠀⠀⠀⠀⠀⠀⠀⠀⠀⠀⠀⠀⠀⠀⠀⠀⠀⠀⠀⠀⠀⠀⠀⠀⠀⠀⠀│⠀⠀<a href='https://github.com/alandau/arpspoof'>arpspoof</a>⠀⠀⠀⠀│
+⠀⠀⠀⠀⠀⠀⠀⠀⠀⠀⠀⠀⠀⠀⠀⠀⠀⠀⠀⠀⠀⠀⠀⠀⠀⠀⠀⠀⠀⠀⠀⠀⠀⠀⠀⠀⠀⠀⠀⠀⠀⠀⠀⠀⠀⠀│⠀⠀⠀⠀⠀⠀⠀⠀⠀⠀⠀⠀⠀⠀│
+⠀⠀⠀⠀⠀⠀⠀⠀⠀⠀⠀⠀⠀⠀⠀⠀⠀⠀⠀⠀⠀⠀⠀⠀⠀┌─────────┐⠀⠀⠀⠀⠀⠀⠀⠀⠀⠀└──────────────┘
+┌────────────────────────┤⠀PRIVESC⠀├────────────────────────┐⠀
+│⠀⠀⠀⠀⠀⠀⠀⠀⠀⠀⠀⠀⠀⠀⠀⠀⠀⠀⠀⠀⠀⠀⠀⠀└─────────┘⠀⠀⠀⠀⠀⠀⠀⠀⠀⠀⠀⠀⠀⠀⠀⠀⠀⠀⠀⠀⠀⠀⠀⠀│⠀
+│⠀⠀⠀⠀⠀⠀⠀⠀⠀⠀⠀┌╌╌╌╌╌╌╌┐⠀⠀⠀⠀⠀⠀⠀⠀⠀⠀⠀⠀⠀⠀⠀⠀⠀⠀⠀┌╌╌╌╌╌╌╌╌╌┐⠀⠀⠀⠀⠀⠀⠀⠀⠀│⠀
+│⠀┌╌╌╌╌╌╌╌╌╌┤⠀LINUX⠀├╌╌╌╌╌╌╌╌╌┐⠀┌╌╌╌╌╌╌╌┤⠀WINDOWS⠀├╌╌╌╌╌╌╌┐⠀│⠀
+│⠀┆⠀⠀⠀⠀⠀⠀⠀⠀⠀└╌╌╌╌╌╌╌┘⠀⠀⠀⠀⠀⠀⠀⠀⠀┆⠀┆⠀⠀⠀⠀⠀⠀⠀└╌╌╌╌╌╌╌╌╌┘⠀⠀⠀⠀⠀⠀⠀┆⠀│⠀
+│⠀┆⠀⠀<a href='https://github.com/peass-ng/PEASS-ng/tree/master/linPEAS'>linPEAS</a>⠀⠀⠀⠀⠀⠀⠀⠀⠀⠀⠀⠀⠀⠀⠀⠀⠀⠀┆⠀┆⠀⠀<a href='https://github.com/peass-ng/PEASS-ng/tree/master/winPEAS'>winPEAS</a>⠀⠀⠀⠀⠀⠀⠀⠀⠀⠀⠀⠀⠀⠀⠀⠀┆⠀│⠀
+│⠀┆⠀⠀⠀⠀⠀⠀⠀⠀⠀⠀⠀⠀⠀⠀⠀⠀⠀⠀⠀⠀⠀⠀⠀⠀⠀⠀⠀┆⠀┆⠀⠀⠀⠀⠀⠀⠀⠀⠀⠀⠀⠀⠀⠀⠀⠀⠀⠀⠀⠀⠀⠀⠀⠀⠀┆⠀│⠀
+│⠀┆⠀⠀<a href='https://github.com/The-Z-Labs/linux-exploit-suggester'>linux-exploit-suggester</a>⠀⠀┆⠀┆⠀⠀<a href='https://github.com/itm4n/PrivescCheck'>PrivescCheck</a>⠀⠀⠀⠀⠀⠀⠀⠀⠀⠀⠀┆⠀│⠀
+│⠀┆⠀⠀⠀⠀⠀⠀⠀⠀⠀⠀⠀⠀⠀⠀⠀⠀⠀⠀⠀⠀⠀⠀⠀⠀⠀⠀⠀┆⠀┆⠀⠀⠀⠀⠀⠀⠀⠀⠀⠀⠀⠀⠀⠀⠀⠀⠀⠀⠀⠀⠀⠀⠀⠀⠀┆⠀│⠀
+│⠀┆⠀⠀<a href='https://github.com/sleventyeleven/linuxprivchecker'>linuxprivchecker</a>⠀⠀⠀⠀⠀⠀⠀⠀⠀┆⠀┆⠀⠀<a href='https://github.com/pentestmonkey/windows-privesc-check'>windows-privesc-check</a>⠀⠀┆⠀│⠀
+│⠀┆⠀⠀⠀⠀⠀⠀⠀⠀⠀⠀⠀⠀⠀⠀⠀⠀⠀⠀⠀⠀⠀⠀⠀⠀⠀⠀⠀┆⠀┆⠀⠀⠀⠀⠀⠀⠀⠀⠀⠀⠀⠀⠀⠀⠀⠀⠀⠀⠀⠀⠀⠀⠀⠀⠀┆⠀│⠀
+│⠀└╌╌╌╌╌╌╌╌╌╌╌╌╌╌╌╌╌╌╌╌╌╌╌╌╌╌╌┘⠀┆⠀⠀<a href='https://github.com/antonioCoco/RemotePotato0'>RemotePotato0</a>⠀⠀⠀⠀⠀⠀⠀⠀⠀⠀┆⠀│⠀
+│⠀⠀⠀⠀⠀⠀⠀⠀⠀⠀⠀⠀⠀⠀⠀⠀⠀⠀⠀⠀⠀⠀⠀⠀⠀⠀⠀⠀⠀⠀⠀┆⠀⠀⠀⠀⠀⠀⠀⠀⠀⠀⠀⠀⠀⠀⠀⠀⠀⠀⠀⠀⠀⠀⠀⠀⠀┆⠀│⠀
+│⠀⠀⠀⠀⠀⠀⠀⠀⠀⠀⠀⠀⠀⠀⠀⠀⠀⠀⠀⠀⠀⠀⠀⠀⠀⠀⠀⠀⠀⠀⠀└╌╌╌╌╌╌╌╌╌╌╌╌╌╌╌╌╌╌╌╌╌╌╌╌╌┘⠀│⠀
+└───────────────────────────────────────────────────────────┘⠀
+]
+style information-gathering fill:#121212,stroke:#ff0000
+style exploitation fill:#121212,stroke:#0000ff
+style post-exploitation fill:#121212,stroke:#00ff00
 ```
````
